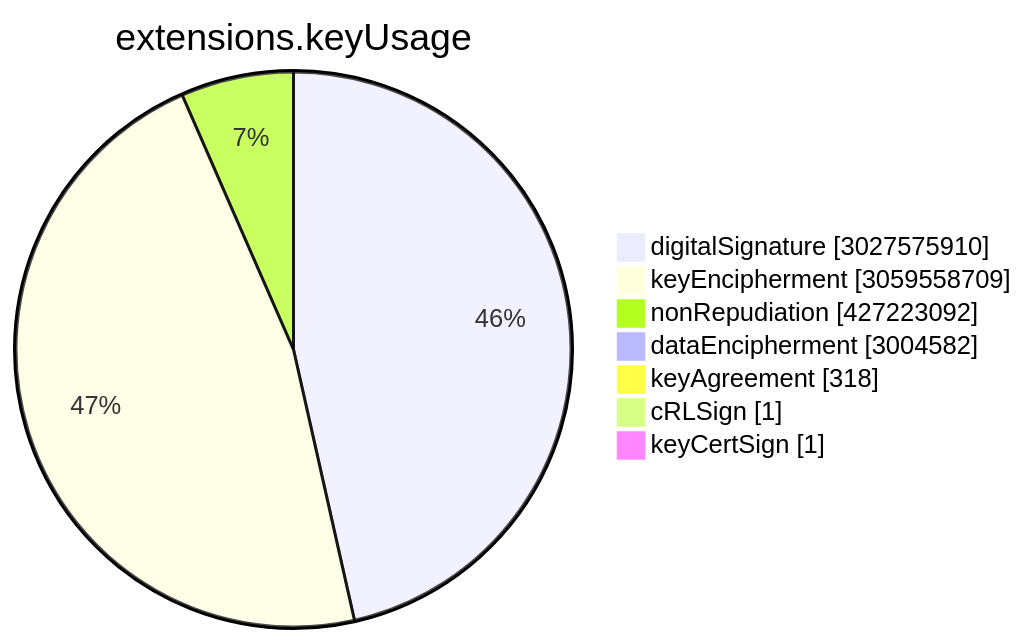
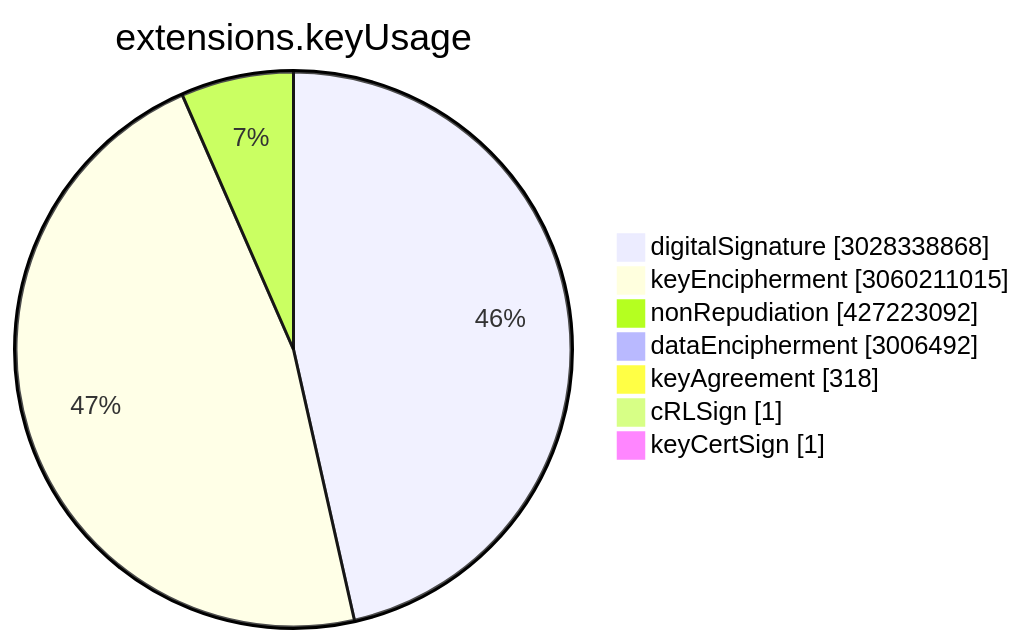
One commit to christiankrug/ctmonitor_visualization changed the sixth of 15 diagrams in TOTAL/README.md. Above: the diagram before and after it, drawn with Mermaid. The commit also changed other lines of this file, not shown here.

````diff
--- a/TOTAL/README.md
+++ b/TOTAL/README.md
@@ -3075,11 +3075,11 @@
 ```mermaid
 pie showData
 title extensions.keyUsage
-"digitalSignature" :3027575910
-"keyEncipherment" :3059558709
+"digitalSignature" :3028338868
+"keyEncipherment" :3060211015
 "nonRepudiation" :427223092
-"dataEncipherment" :3004582
+"dataEncipherment" :3006492
 "keyAgreement" :318
 "cRLSign" :1
 "keyCertSign" :1
 ```
````
